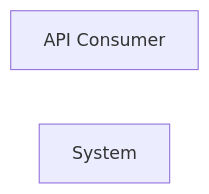
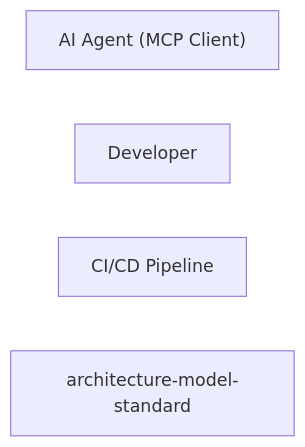
Before and after one commit to opn-arch/architecture-model-standard: the diagram in .architecture-models/docs/se/conops.md, drawn with Mermaid. The commit also changed other lines of this file and 134 other files, not shown here.

````diff
--- a/.architecture-models/docs/se/conops.md
+++ b/.architecture-models/docs/se/conops.md
@@ -66,5 +111,7 @@
 ```mermaid
 graph LR
-    ACT-1["API Consumer"]
-    SYS["System"]
+    ACT-1["AI Agent (MCP Client)"]
+    ACT-2["Developer"]
+    ACT-3["CI/CD Pipeline"]
+    SYS["architecture-model-standard"]
 ```
````
